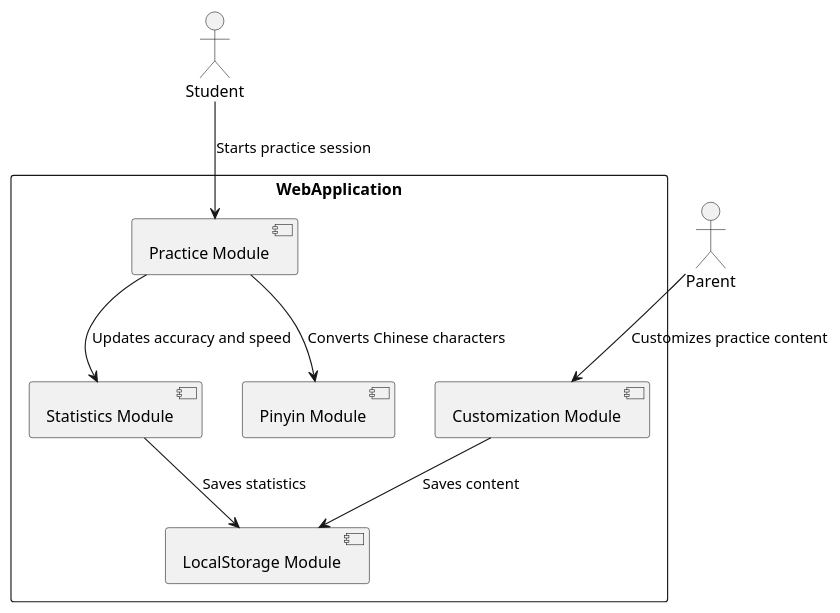
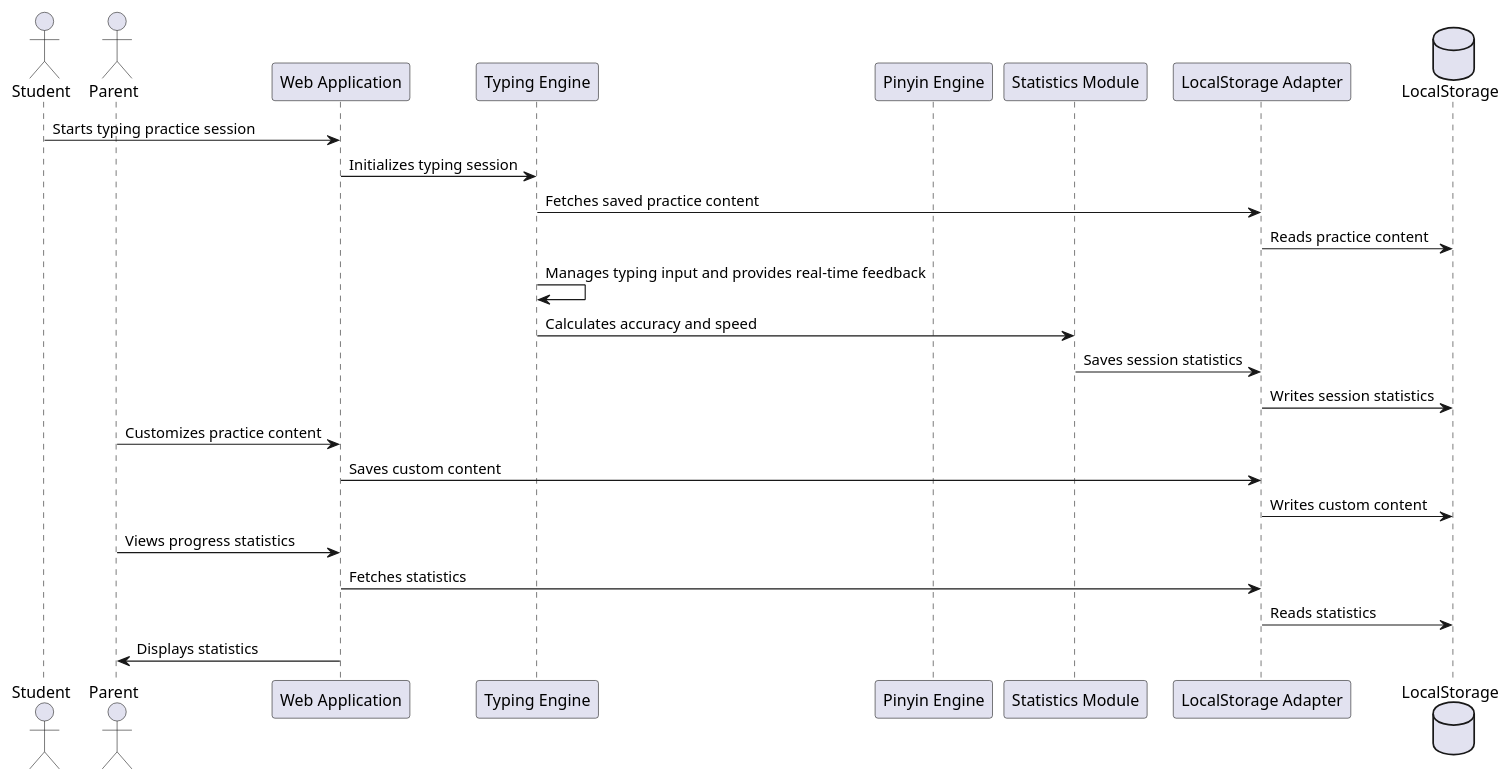
The fourth of 5 diagrams in docs/architecture.md (sjmyuan/typing-practice), drawn with PlantUML before and after one commit. The commit also changed other lines of this file and 2 other files, not shown here.

Commit message:
update instruction and architecture

````diff
--- a/docs/architecture.md
+++ b/docs/architecture.md
@@ -81,22 +71,29 @@
 ```plantuml
 @startuml
 actor Student
 actor Parent
+participant "Web Application" as webApp
+participant "Typing Engine" as typingEngine
+participant "Pinyin Engine" as pinyinEngine
+participant "Statistics Module" as statsModule
+participant "LocalStorage Adapter" as localStorageAdapter
+database "LocalStorage" as localStorage
 
-rectangle WebApplication {
-    [Practice Module] as practice
-    [Customization Module] as customization
-    [Statistics Module] as stats
-    [Pinyin Module] as pinyin
-    [LocalStorage Module] as storage
+Student -> webApp: Starts typing practice session
+webApp -> typingEngine: Initializes typing session
+typingEngine -> localStorageAdapter: Fetches saved practice content
+localStorageAdapter -> localStorage: Reads practice content
+typingEngine -> typingEngine: Manages typing input and provides real-time feedback
+typingEngine -> statsModule: Calculates accuracy and speed
+statsModule -> localStorageAdapter: Saves session statistics
+localStorageAdapter -> localStorage: Writes session statistics
 
-    Student --> practice : Starts practice session
-    practice --> pinyin : Converts Chinese characters
-    practice --> stats : Updates accuracy and speed
-    Parent --> customization : Customizes practice content
-    customization --> storage : Saves content
-    stats --> storage : Saves statistics
-}
-
+Parent -> webApp: Customizes practice content
+webApp -> localStorageAdapter: Saves custom content
+localStorageAdapter -> localStorage: Writes custom content
+Parent -> webApp: Views progress statistics
+webApp -> localStorageAdapter: Fetches statistics
+localStorageAdapter -> localStorage: Reads statistics
+webApp -> Parent: Displays statistics
 @enduml
 ```
````
